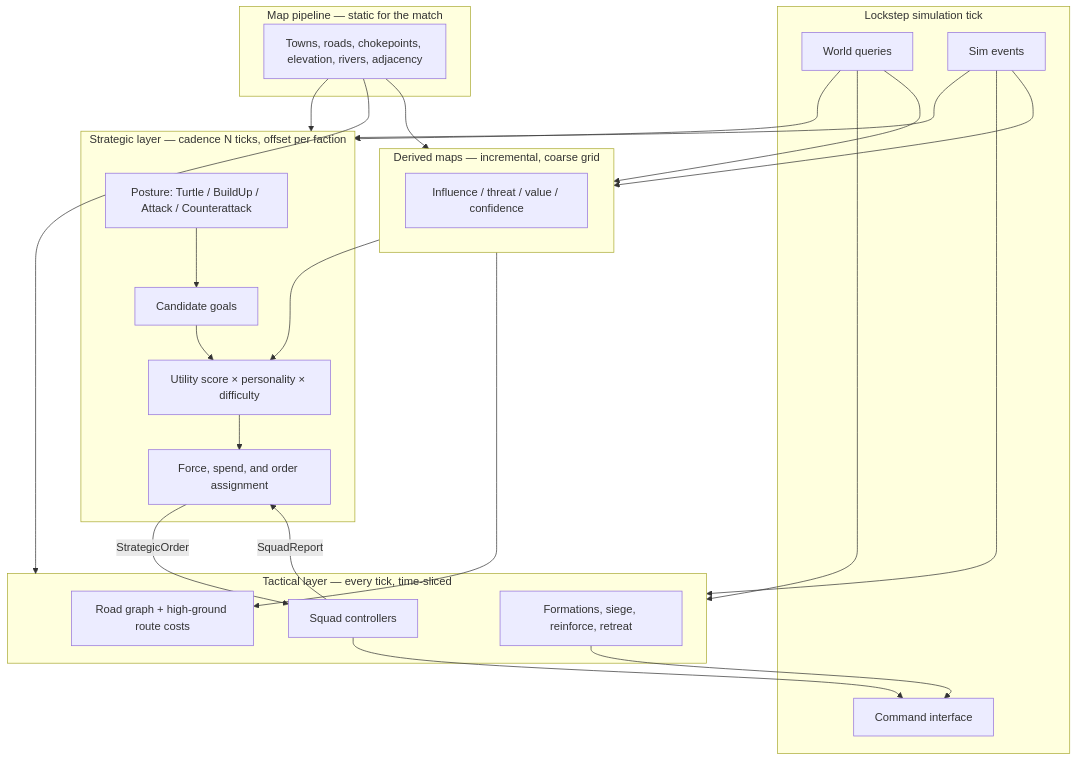
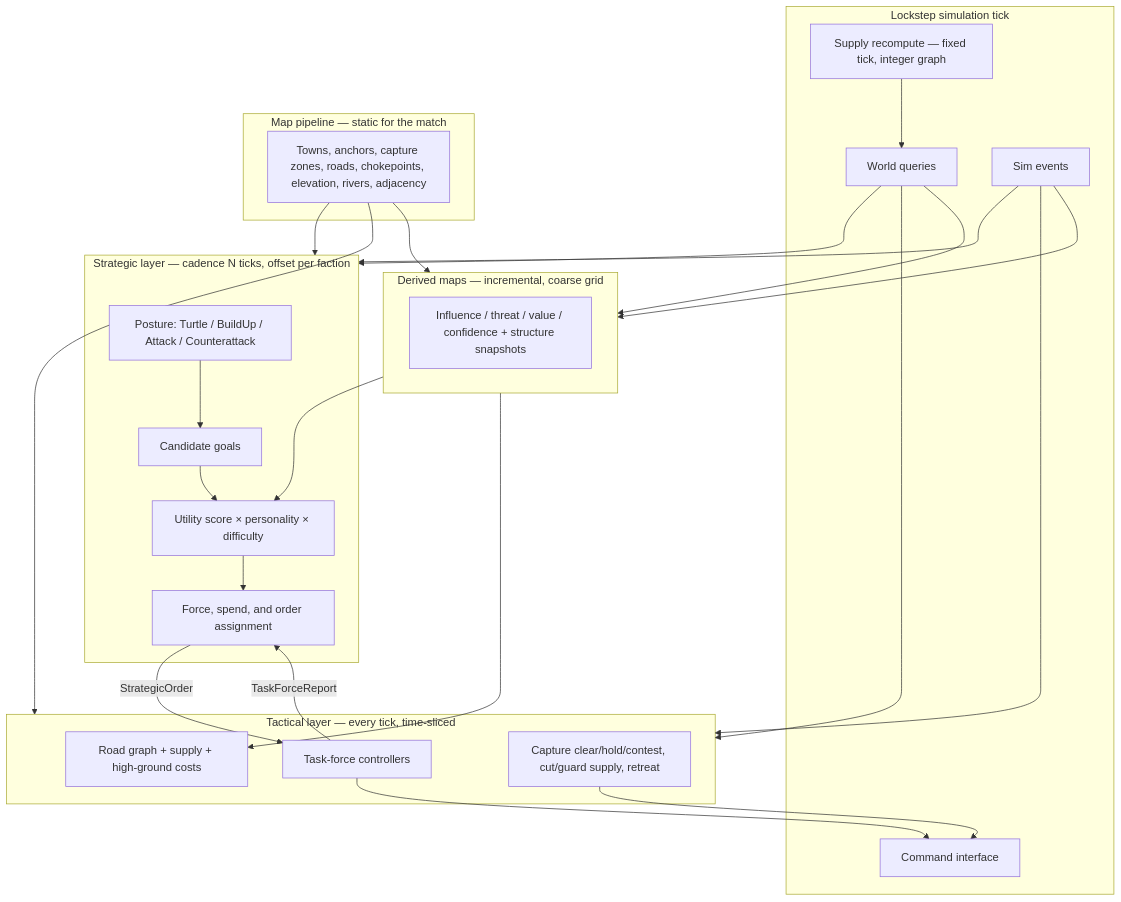
Before and after one commit to GarandWolf/wasteland-rts: the diagram in docs/ai/enemy-ai-design.md, drawn with Mermaid. The commit also changed other lines of this file, not shown here.

````diff
--- a/docs/ai/enemy-ai-design.md
+++ b/docs/ai/enemy-ai-design.md
@@ -72,48 +101,50 @@
 ```mermaid
 flowchart TB
   subgraph Sim["Lockstep simulation tick"]
     World["World queries"]
     Events["Sim events"]
     Cmd["Command interface"]
+    Supply["Supply recompute — fixed tick, integer graph"]
   end
 
   subgraph Pipeline["Map pipeline — static for the match"]
-    Contract["Towns, roads, chokepoints, elevation, rivers, adjacency"]
+    Contract["Towns, anchors, capture zones, roads, chokepoints, elevation, rivers, adjacency"]
   end
 
   subgraph Derived["Derived maps — incremental, coarse grid"]
-    Inf["Influence / threat / value / confidence"]
+    Inf["Influence / threat / value / confidence + structure snapshots"]
   end
 
   subgraph Strat["Strategic layer — cadence N ticks, offset per faction"]
     Posture["Posture: Turtle / BuildUp / Attack / Counterattack"]
     Cands["Candidate goals"]
     Score["Utility score × personality × difficulty"]
     Alloc["Force, spend, and order assignment"]
   end
 
   subgraph Tact["Tactical layer — every tick, time-sliced"]
-    Squad["Squad controllers"]
-    Route["Road graph + high-ground route costs"]
-    Fight["Formations, siege, reinforce, retreat"]
+    Tf["Task-force controllers"]
+    Route["Road graph + supply + high-ground costs"]
+    Fight["Capture clear/hold/contest, cut/guard supply, retreat"]
   end
 
   Contract --> Strat
   Contract --> Tact
   Contract --> Derived
   World --> Strat
   World --> Tact
   World --> Derived
+  Supply --> World
   Events --> Strat
   Events --> Tact
   Events --> Derived
   Derived --> Score
   Derived --> Route
   Posture --> Cands
   Cands --> Score
   Score --> Alloc
-  Alloc -->|"StrategicOrder"| Squad
-  Squad -->|"SquadReport"| Alloc
+  Alloc -->|"StrategicOrder"| Tf
+  Tf -->|"TaskForceReport"| Alloc
   Fight --> Cmd
-  Squad --> Cmd
+  Tf --> Cmd
 ```
````
